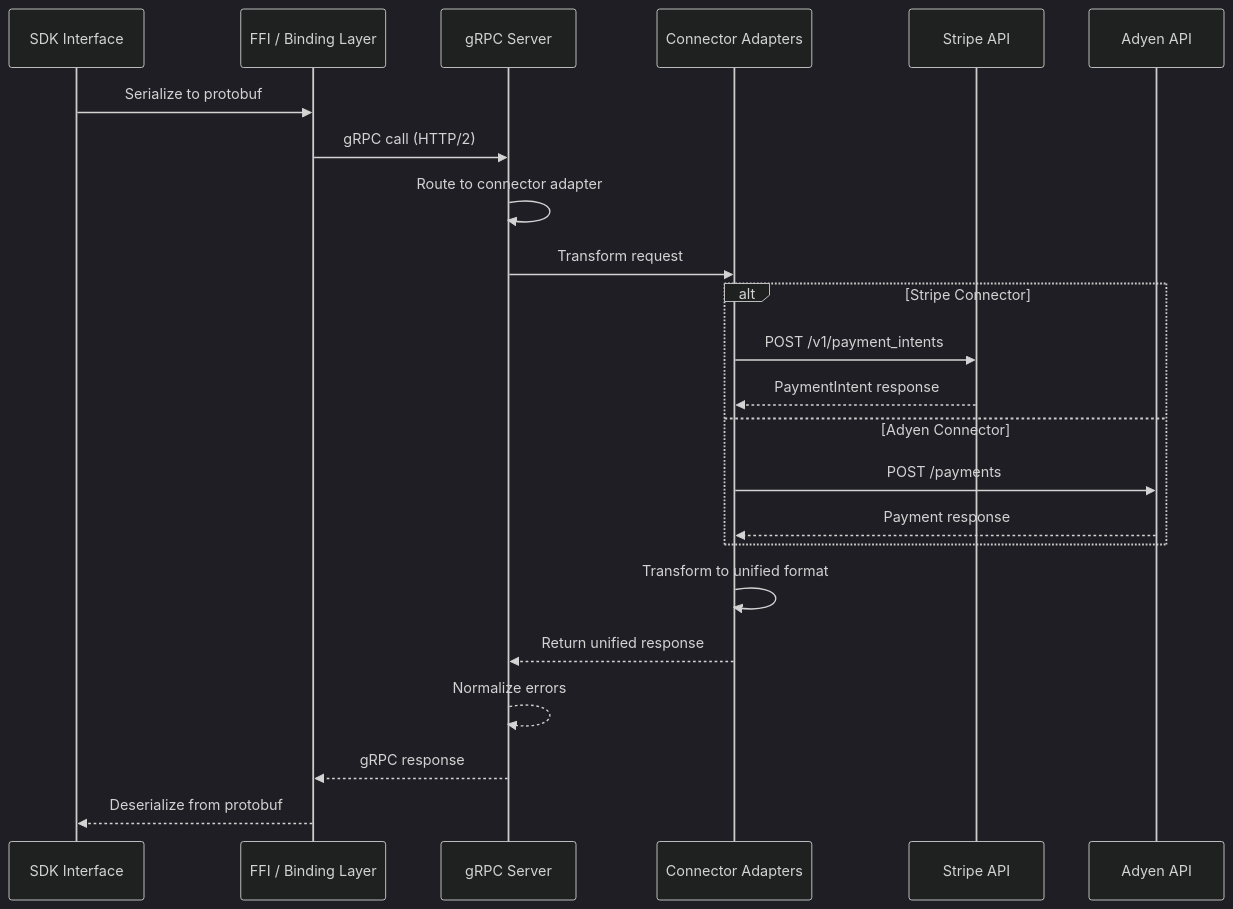
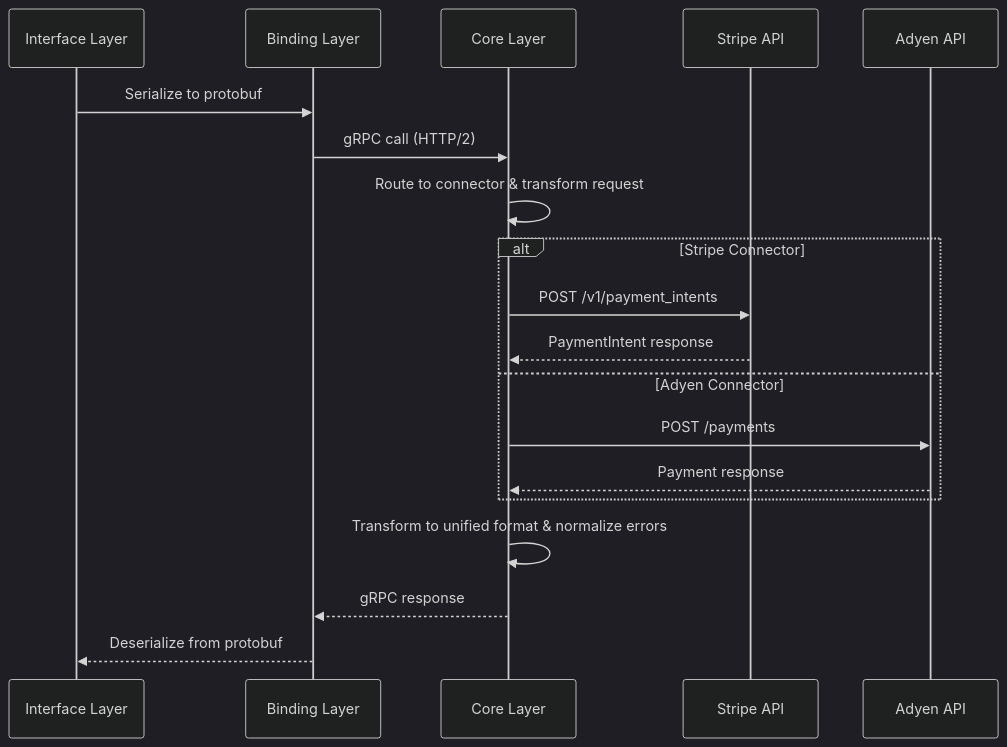
The diagram in docs/architecture/README.md (juspay/connector-service), drawn with Mermaid (dark theme) before and after one commit. The commit also changed other lines of this file and 53 other files, not shown here.

````diff
--- a/docs/architecture/README.md
+++ b/docs/architecture/README.md
@@ -90,28 +89,24 @@
 ```mermaid
 sequenceDiagram
-    participant SDK as SDK Interface
-    participant FFI as FFI / Binding Layer
-    participant Server as gRPC Server
-    participant Adapter as Connector Adapters
+    participant Interface as Interface Layer
+    participant Binding as Binding Layer
+    participant Core as Core Layer
     participant Stripe as Stripe API
     participant Adyen as Adyen API
 
-    SDK->>FFI: Serialize to protobuf
-    FFI->>Server: gRPC call (HTTP/2)
-    Server->>Server: Route to connector adapter
-    Server->>Adapter: Transform request
+    Interface->>Binding: Serialize to protobuf
+    Binding->>Core: gRPC call (HTTP/2)
+    Core->>Core: Route to connector & transform request
 
     alt Stripe Connector
-        Adapter->>Stripe: POST /v1/payment_intents
-        Stripe-->>Adapter: PaymentIntent response
+        Core->>Stripe: POST /v1/payment_intents
+        Stripe-->>Core: PaymentIntent response
     else Adyen Connector
-        Adapter->>Adyen: POST /payments
-        Adyen-->>Adapter: Payment response
+        Core->>Adyen: POST /payments
+        Adyen-->>Core: Payment response
     end
 
-    Adapter->>Adapter: Transform to unified format
-    Adapter-->>Server: Return unified response
-    Server-->>Server: Normalize errors
-    Server-->>FFI: gRPC response
-    FFI-->>SDK: Deserialize from protobuf
+    Core->>Core: Transform to unified format & normalize errors
+    Core-->>Binding: gRPC response
+    Binding-->>Interface: Deserialize from protobuf
 ```
````
